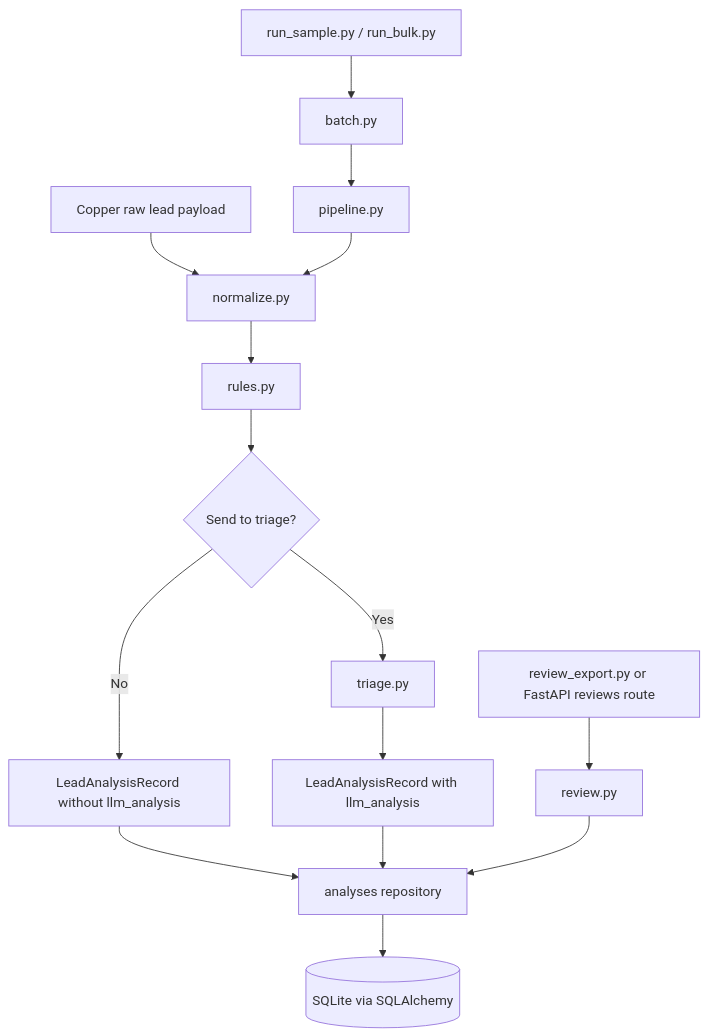
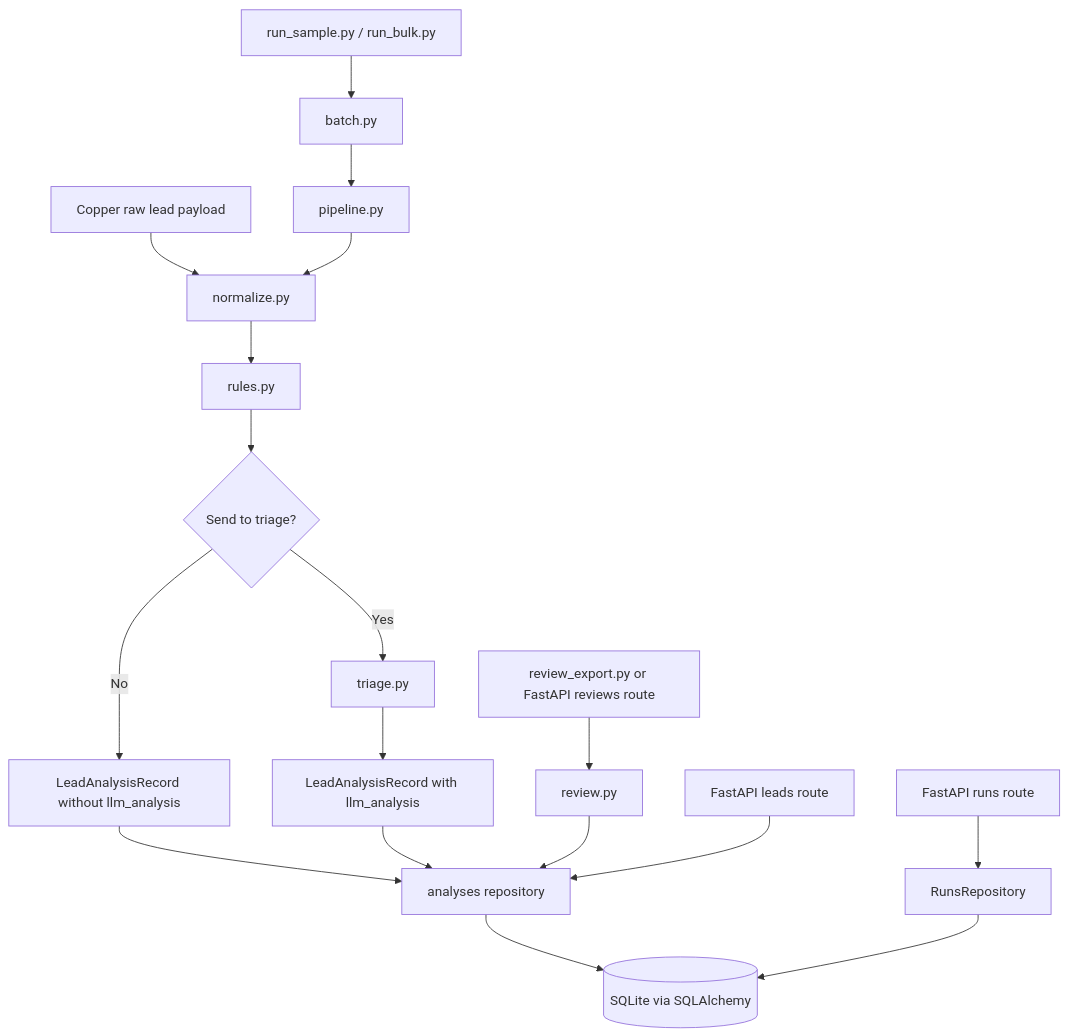
Before and after one commit to filio623/copper-lead-triage: the first of 4 diagrams in docs/system_flow.md, drawn with Mermaid. The commit also changed other lines of this file and 7 other files, not shown here.

````diff
--- a/docs/system_flow.md
+++ b/docs/system_flow.md
@@ -45,19 +45,23 @@
 ```mermaid
 flowchart TD
     A[Copper raw lead payload] --> B[normalize.py]
     B --> C[rules.py]
     C --> D{Send to triage?}
     D -->|No| E[LeadAnalysisRecord without llm_analysis]
     D -->|Yes| F[triage.py]
     F --> G[LeadAnalysisRecord with llm_analysis]
     E --> H[analyses repository]
     G --> H
     H --> I[(SQLite via SQLAlchemy)]
 
     J[run_sample.py / run_bulk.py] --> K[batch.py]
     K --> L[pipeline.py]
     L --> B
 
     M[review_export.py or FastAPI reviews route] --> N[review.py]
     N --> H
+
+    O[FastAPI runs route] --> P[RunsRepository]
+    P --> I
+    Q[FastAPI leads route] --> H
 ```
````
